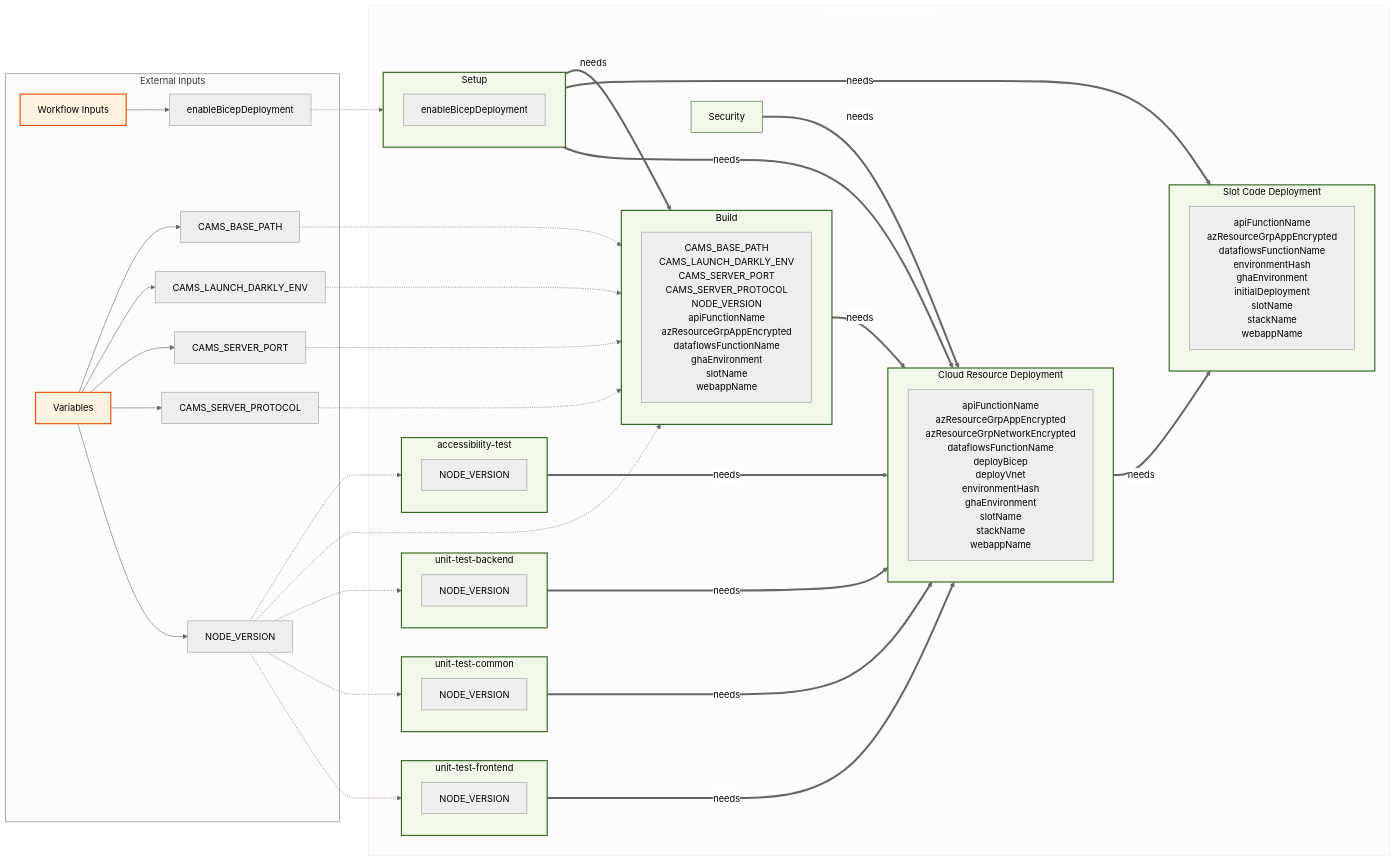
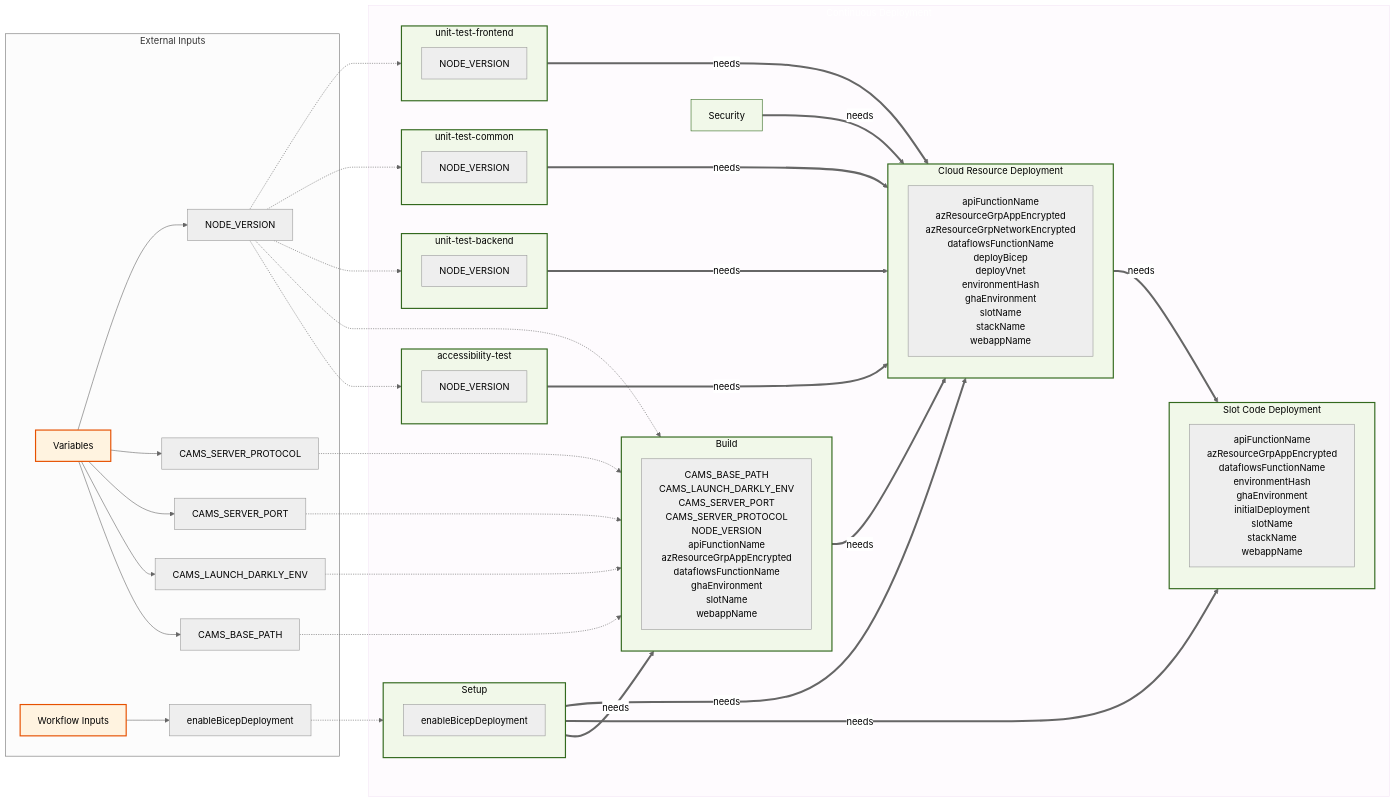
One commit to US-Trustee-Program/Bankruptcy-Oversight-Support-Systems changed the seventh of 22 diagrams in docs/operations/workflow-diagram.md. Above: the diagram before and after it, drawn with Mermaid (neutral theme). The commit also changed other lines of this file and 1 other file, not shown here.

First line of the commit message:
Make workflow diagram generation deterministic

````diff
--- a/docs/operations/workflow-diagram.md
+++ b/docs/operations/workflow-diagram.md
@@ -294,14 +294,14 @@
 ```mermaid
 flowchart LR
     subgraph "External Inputs"
+        Variables["Variables"]
+        Variables_CAMS_BASE_PATH["CAMS_BASE_PATH"]
+        Variables_CAMS_LAUNCH_DARKLY_ENV["CAMS_LAUNCH_DARKLY_ENV"]
+        Variables_CAMS_SERVER_PORT["CAMS_SERVER_PORT"]
+        Variables_CAMS_SERVER_PROTOCOL["CAMS_SERVER_PROTOCOL"]
+        Variables_NODE_VERSION["NODE_VERSION"]
         Workflow_Inputs["Workflow Inputs"]
         Workflow_Inputs_enableBicepDeployment["enableBicepDeployment"]
-        Variables["Variables"]
-        Variables_CAMS_SERVER_PROTOCOL["CAMS_SERVER_PROTOCOL"]
-        Variables_CAMS_LAUNCH_DARKLY_ENV["CAMS_LAUNCH_DARKLY_ENV"]
-        Variables_NODE_VERSION["NODE_VERSION"]
-        Variables_CAMS_SERVER_PORT["CAMS_SERVER_PORT"]
-        Variables_CAMS_BASE_PATH["CAMS_BASE_PATH"]
     end
 
     subgraph continuous_deployment_workflow["Continuous Deployment"]
@@ -364,15 +364,15 @@
     classDef mainWorkflow fill:#f3e5f5,fill-opacity:0.15,stroke:#f3e5f5,stroke-width:1px,color:#ffffff
     classDef jobSubgraph fill:#f1f8e9,stroke:#33691e,stroke-width:2px,color:#000000
     class continuous_deployment_workflow mainWorkflow
+    class Variables external
     class Workflow_Inputs external
-    class Variables external
-    class setup_subgraph jobSubgraph
     class accessibility_test_subgraph jobSubgraph
-    class unit_test_frontend_subgraph jobSubgraph
-    class unit_test_backend_subgraph jobSubgraph
-    class unit_test_common_subgraph jobSubgraph
-    class security_scan job
     class build_subgraph jobSubgraph
     class deploy_subgraph jobSubgraph
     class deploy_code_slot_subgraph jobSubgraph
+    class security_scan job
+    class setup_subgraph jobSubgraph
+    class unit_test_backend_subgraph jobSubgraph
+    class unit_test_common_subgraph jobSubgraph
+    class unit_test_frontend_subgraph jobSubgraph
 ```
````
